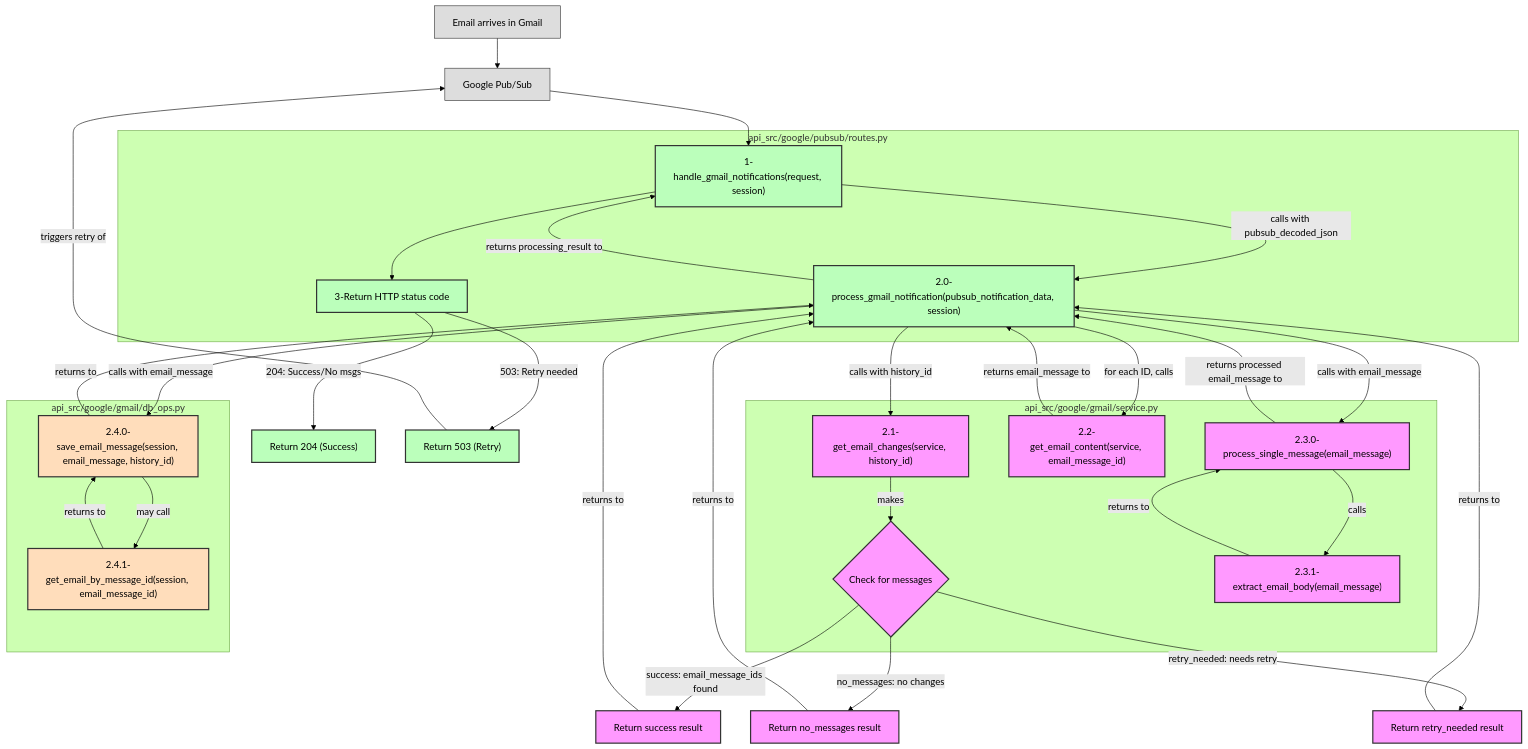
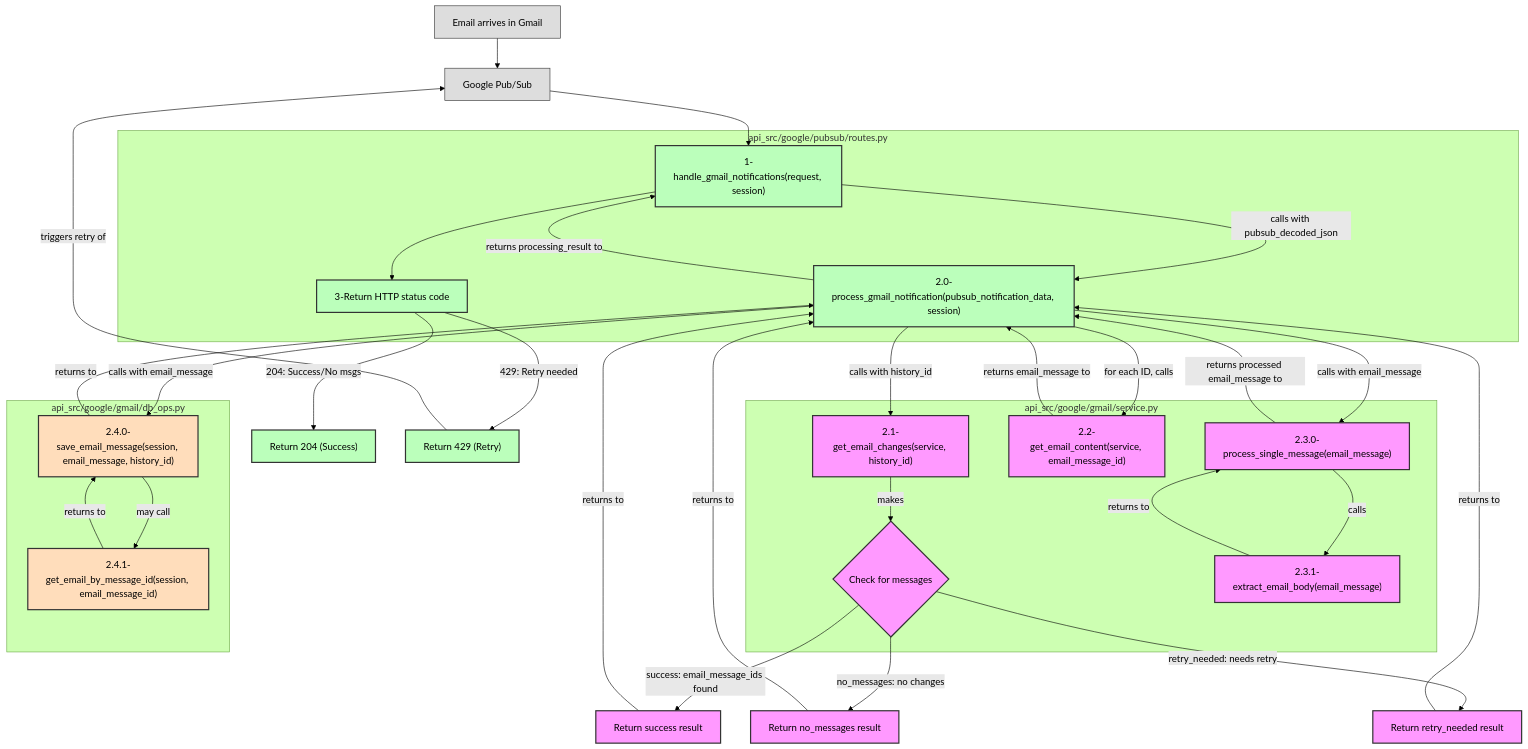
The diagram in api_src/google/pubsub/README.md (EmilioEsposito/portfolio), drawn with Mermaid (forest theme) before and after one commit. The commit also changed other lines of this file and 1 other file, not shown here.

````diff
--- a/api_src/google/pubsub/README.md
+++ b/api_src/google/pubsub/README.md
@@ -17,80 +17,80 @@
 ```mermaid
 flowchart TD
     %% External systems
     email[Email arrives in Gmail]
     
     %% Define the file groupings
     subgraph gmail_service["api_src/google/gmail/service.py"]
         get_email_changes["2.1-get_email_changes(service, history_id)"]
         status_decision{Check for messages}
         get_email_content["2.2-get_email_content(service, email_message_id)"]
         process_single_message["2.3.0-process_single_message(email_message)"]
         extract_email_body["2.3.1-extract_email_body(email_message)"]
     end
     
     subgraph pubsub_routes["api_src/google/pubsub/routes.py"]
         handle_gmail_notifications["1-handle_gmail_notifications(request, session)"]
         process_gmail_notification["2.0-process_gmail_notification(pubsub_notification_data, session)"]
         return_status["3-Return HTTP status code"]
     end
     
     subgraph gmail_db_ops["api_src/google/gmail/db_ops.py"]
         save_email_message["2.4.0-save_email_message(session, email_message, history_id)"]
         get_email_by_message_id["2.4.1-get_email_by_message_id(session, email_message_id)"]
     end
     
     %% Define the flow
     email --> pubsub[Google Pub/Sub]
     pubsub --> handle_gmail_notifications
     
     %% Simplified flow
     handle_gmail_notifications -- "calls with pubsub_decoded_json" --> process_gmail_notification
     
     %% Process notification flow
     process_gmail_notification -- "calls with history_id" --> get_email_changes
     
     %% Status decision now happens in get_email_changes
     get_email_changes -- "makes" --> status_decision
     status_decision -- "success: email_message_ids found" --> return_success["Return success result"]
     status_decision -- "no_messages: no changes" --> return_no_messages["Return no_messages result"]
     status_decision -- "retry_needed: needs retry" --> return_retry["Return retry_needed result"]
     
     %% Different paths based on status
     return_success -- "returns to" --> process_gmail_notification
     return_no_messages -- "returns to" --> process_gmail_notification
     return_retry -- "returns to" --> process_gmail_notification
     
     %% For successful results with messages
     process_gmail_notification -- "for each ID, calls" --> get_email_content
     get_email_content -- "returns email_message to" --> process_gmail_notification
     
     process_gmail_notification -- "calls with email_message" --> process_single_message
     process_single_message -- "calls" --> extract_email_body
     extract_email_body -- "returns to" --> process_single_message
     process_single_message -- "returns processed email_message to" --> process_gmail_notification
     
     process_gmail_notification -- "calls with email_message" --> save_email_message
     save_email_message -- "may call" --> get_email_by_message_id
     get_email_by_message_id -- "returns to" --> save_email_message
     save_email_message -- "returns to" --> process_gmail_notification
     
     %% Result determination
     process_gmail_notification -- "returns processing_result to" --> handle_gmail_notifications
     
     handle_gmail_notifications --> return_status
     return_status -- "204: Success/No msgs" --> return_204["Return 204 (Success)"]
-    return_status -- "503: Retry needed" --> return_503["Return 503 (Retry)"]
+    return_status -- "429: Retry needed" --> return_429["Return 429 (Retry)"]
     
-    return_503 -- "triggers retry of" --> pubsub
+    return_429 -- "triggers retry of" --> pubsub
     
     %% Styling
     classDef external fill:#ddd,stroke:#333,stroke-width:1px
     classDef routes fill:#bfb,stroke:#333,stroke-width:2px
     classDef gmail fill:#f9f,stroke:#333,stroke-width:2px
     classDef db fill:#fdb,stroke:#333,stroke-width:2px
     
     class email,pubsub external
-    class handle_gmail_notifications,process_gmail_notification,return_status,return_204,return_503 routes
+    class handle_gmail_notifications,process_gmail_notification,return_status,return_204,return_429 routes
     class get_email_changes,status_decision,return_success,return_no_messages,return_retry,get_email_content,process_single_message,extract_email_body gmail
     class save_email_message,get_email_by_message_id db
 ```
````
